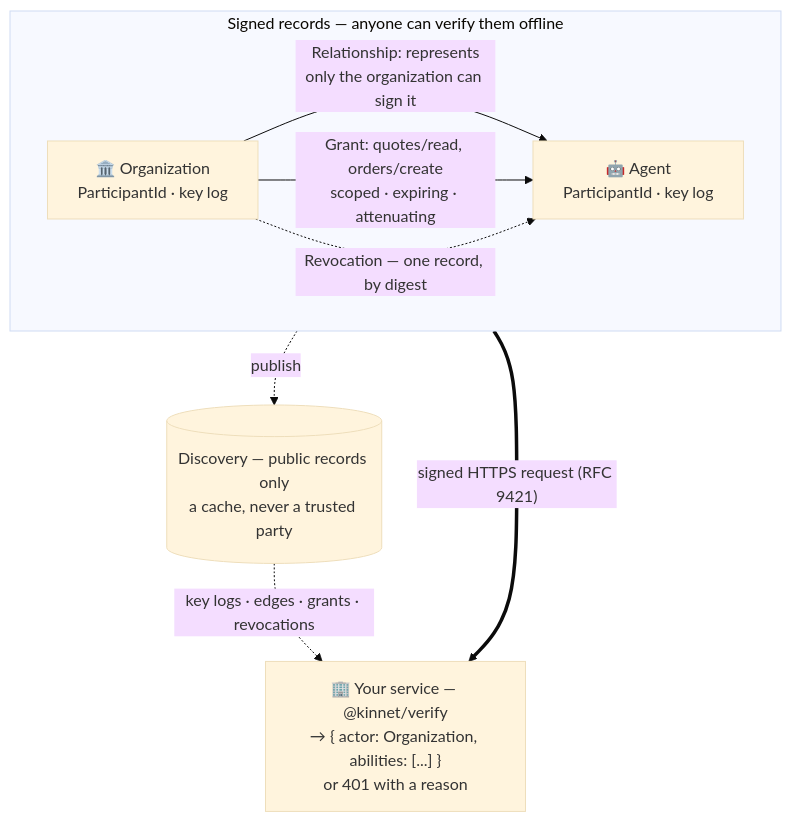
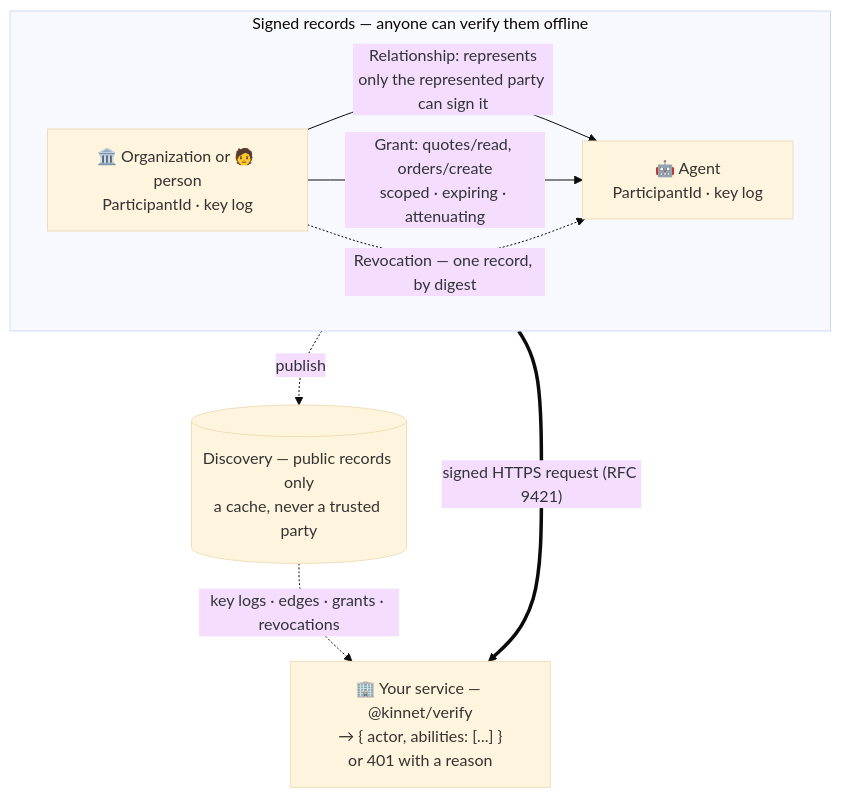
Before and after one commit to HumanMeetsAi/kinnet: the first of 2 diagrams in README.md, drawn with Mermaid (base theme). The commit also changed other lines of this file, not shown here.

Commit message:
Export from kinnet 88608b4

````diff
--- a/README.md
+++ b/README.md
@@ -59,16 +92,16 @@
 ```mermaid
 flowchart TB
   subgraph records["Signed records — anyone can verify them offline"]
     direction LR
-    ORG["🏛️ Organization<br/>ParticipantId · key log"]
+    ORG["🏛️ Organization or 🧑 person<br/>ParticipantId · key log"]
     AGENT["🤖 Agent<br/>ParticipantId · key log"]
-    ORG -- "Relationship: represents<br/>only the organization can sign it" --> AGENT
+    ORG -- "Relationship: represents<br/>only the represented party can sign it" --> AGENT
     ORG -- "Grant: quotes/read, orders/create<br/>scoped · expiring · attenuating" --> AGENT
     ORG -. "Revocation — one record, by digest" .-> AGENT
   end
   DISC[("Discovery — public records only<br/>a cache, never a trusted party")]
-  SVC["🏢 Your service — @kinnet/verify<br/>→ { actor: Organization, abilities: [...] }<br/>or 401 with a reason"]
+  SVC["🏢 Your service — @kinnet/verify<br/>→ { actor, abilities: [...] }<br/>or 401 with a reason"]
   records -. "publish" .-> DISC
   DISC -. "key logs · edges · grants · revocations" .-> SVC
   AGENT == "signed HTTPS request (RFC 9421)" ==> SVC
 ```
````
